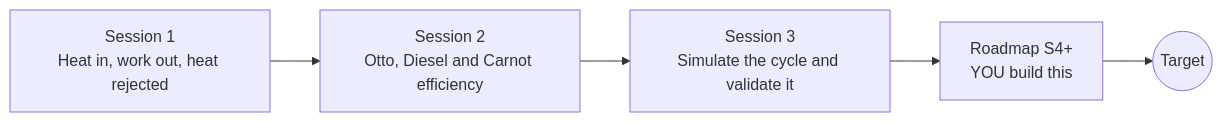
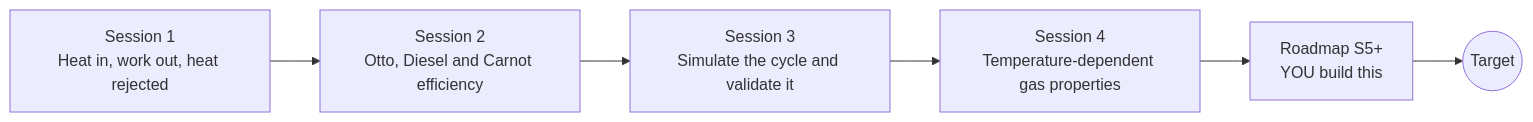
The diagram in README.md (KrunalPanchal1995/openengine), drawn with Mermaid before and after one commit. The commit also changed other lines of this file and 18 other files, not shown here.

First line of the commit message:
Add Session 4: temperature-dependent gas properties

````diff
--- a/README.md
+++ b/README.md
@@ -83,9 +84,10 @@
 ```mermaid
 flowchart LR
   S1[Session 1<br/>Heat in, work out, heat rejected]
   S2[Session 2<br/>Otto, Diesel and Carnot efficiency]
   S3[Session 3<br/>Simulate the cycle and validate it]
-  R[Roadmap S4+<br/>YOU build this]
+  S4[Session 4<br/>Temperature-dependent gas properties]
+  R[Roadmap S5+<br/>YOU build this]
   T((Target))
-  S1 --> S2 --> S3 --> R --> T
+  S1 --> S2 --> S3 --> S4 --> R --> T
 ```
````
